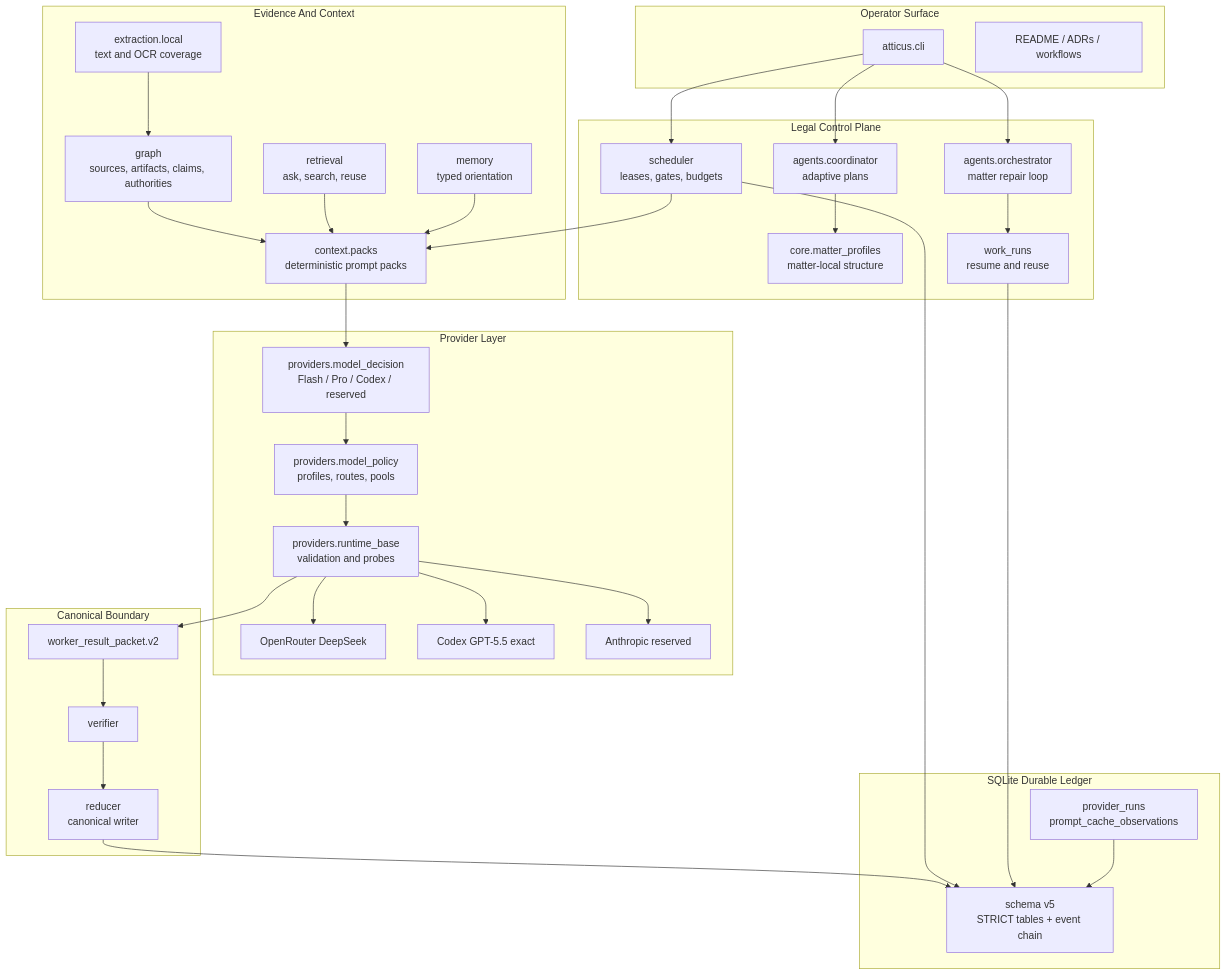
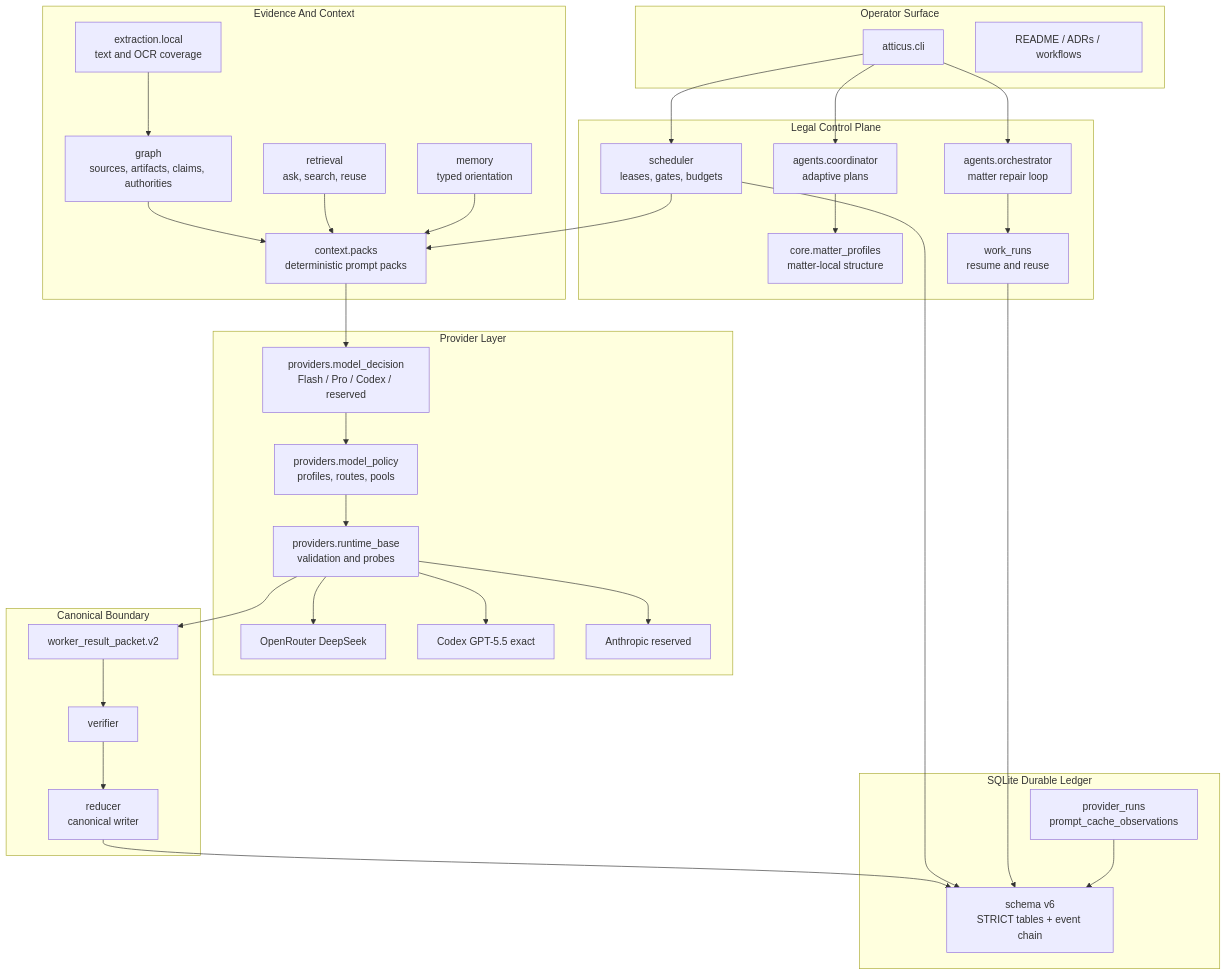
One commit to Albaloola/atticus-harness changed the fourth of 9 diagrams in README.md. Above: the diagram before and after it, drawn with Mermaid. The commit also changed other lines of this file, not shown here.

````diff
--- a/README.md
+++ b/README.md
@@ -146,67 +466,67 @@
 ```mermaid
 flowchart TB
     subgraph Operator["Operator Surface"]
         CLI["atticus.cli"]
         Docs["README / ADRs / workflows"]
     end
 
     subgraph Control["Legal Control Plane"]
         Scheduler["scheduler<br/>leases, gates, budgets"]
         Coordinator["agents.coordinator<br/>adaptive plans"]
         Orchestrator["agents.orchestrator<br/>matter repair loop"]
         Profiles["core.matter_profiles<br/>matter-local structure"]
         WorkRuns["work_runs<br/>resume and reuse"]
     end
 
     subgraph Evidence["Evidence And Context"]
         Graph["graph<br/>sources, artifacts, claims, authorities"]
         Extraction["extraction.local<br/>text and OCR coverage"]
         Context["context.packs<br/>deterministic prompt packs"]
         Retrieval["retrieval<br/>ask, search, reuse"]
         Memory["memory<br/>typed orientation"]
     end
 
     subgraph Models["Provider Layer"]
         Decision["providers.model_decision<br/>Flash / Pro / Codex / reserved"]
         Policy["providers.model_policy<br/>profiles, routes, pools"]
         Runtime["providers.runtime_base<br/>validation and probes"]
         OpenRouter["OpenRouter DeepSeek"]
         Codex["Codex GPT-5.5 exact"]
         Anthropic["Anthropic reserved"]
     end
 
     subgraph Canon["Canonical Boundary"]
         Packet["worker_result_packet.v2"]
         Verify["verifier"]
         Reducer["reducer<br/>canonical writer"]
     end
 
     subgraph Store["SQLite Durable Ledger"]
-        DB["schema v5<br/>STRICT tables + event chain"]
+        DB["schema v6<br/>STRICT tables + event chain"]
         Cache["provider_runs<br/>prompt_cache_observations"]
     end
 
     CLI --> Scheduler
     CLI --> Coordinator
     CLI --> Orchestrator
     Scheduler --> Context
     Coordinator --> Profiles
     Orchestrator --> WorkRuns
     Graph --> Context
     Extraction --> Graph
     Retrieval --> Context
     Memory --> Context
     Context --> Decision
     Decision --> Policy
     Policy --> Runtime
     Runtime --> OpenRouter
     Runtime --> Codex
     Runtime --> Anthropic
     Runtime --> Packet
     Packet --> Verify
     Verify --> Reducer
     Reducer --> DB
     Scheduler --> DB
     WorkRuns --> DB
     Cache --> DB
 ```
````
